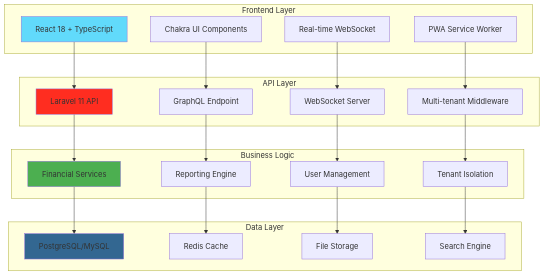
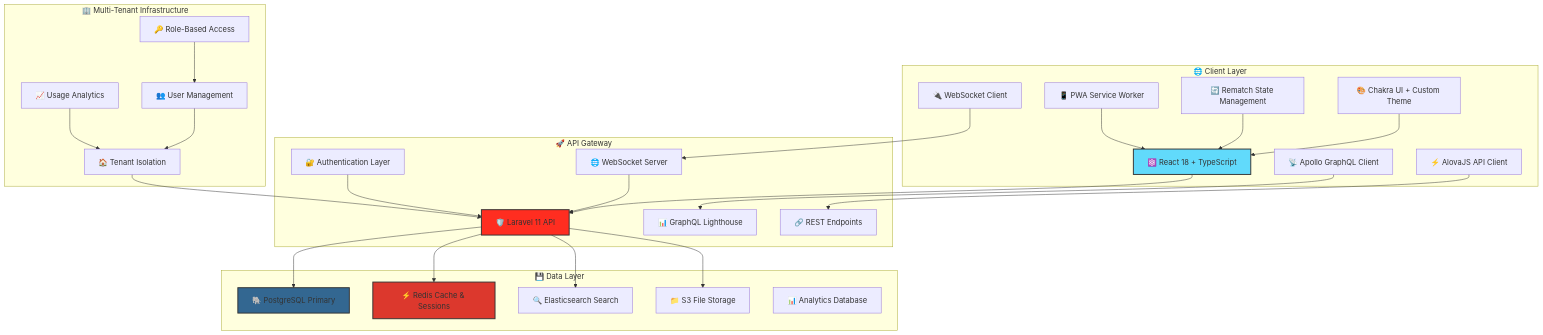
The fourth of 6 diagrams in README.md (abdoElHodaky/larvaccountplatfo), drawn with Mermaid before and after one commit. The commit also changed other lines of this file and 1 other file, not shown here.

````diff
--- a/README.md
+++ b/README.md
@@ -163,50 +166,58 @@
 ```mermaid
 graph TB
-    subgraph "Frontend Layer"
-        A[React 18 + TypeScript]
-        B[Chakra UI Components]
-        C[Real-time WebSocket]
-        D[PWA Service Worker]
+    subgraph "🌐 Client Layer"
+        A[⚛️ React 18 + TypeScript]
+        B[🎨 Chakra UI + Custom Theme]
+        C[🔄 Rematch State Management]
+        D[📡 Apollo GraphQL Client]
+        E[⚡ AlovaJS API Client]
+        F[🔌 WebSocket Client]
+        G[📱 PWA Service Worker]
     end
     
-    subgraph "API Layer"
-        E[Laravel 11 API]
-        F[GraphQL Endpoint]
-        G[WebSocket Server]
-        H[Multi-tenant Middleware]
+    subgraph "🚀 API Gateway"
+        H[🛡️ Laravel 11 API]
+        I[📊 GraphQL Lighthouse]
+        J[🔗 REST Endpoints]
+        K[🌐 WebSocket Server]
+        L[🔐 Authentication Layer]
     end
     
-    subgraph "Business Logic"
-        I[Financial Services]
-        J[Reporting Engine]
-        K[User Management]
-        L[Tenant Isolation]
+    subgraph "💾 Data Layer"
+        M[🐘 PostgreSQL Primary]
+        N[⚡ Redis Cache & Sessions]
+        O[🔍 Elasticsearch Search]
+        P[📁 S3 File Storage]
+        Q[📊 Analytics Database]
     end
     
-    subgraph "Data Layer"
-        M[PostgreSQL/MySQL]
-        N[Redis Cache]
-        O[File Storage]
-        P[Search Engine]
+    subgraph "🏢 Multi-Tenant Infrastructure"
+        R[🏠 Tenant Isolation]
+        S[👥 User Management]
+        T[🔑 Role-Based Access]
+        U[📈 Usage Analytics]
     end
     
-    A --> E
-    B --> F
-    C --> G
-    D --> H
+    A --> H
+    B --> A
+    C --> A
+    D --> I
+    E --> J
+    F --> K
+    G --> A
+    H --> M
+    H --> N
+    H --> O
+    H --> P
+    K --> H
+    L --> H
+    R --> H
+    S --> R
+    T --> S
+    U --> R
     
-    E --> I
-    F --> J
-    G --> K
-    H --> L
-    
-    I --> M
-    J --> N
-    K --> O
-    L --> P
-    
-    style A fill:#61dafb
-    style E fill:#ff2d20
-    style I fill:#4caf50
-    style M fill:#336791
+    style A fill:#61dafb,stroke:#333,stroke-width:2px
+    style H fill:#ff2d20,stroke:#333,stroke-width:2px
+    style M fill:#336791,stroke:#333,stroke-width:2px
+    style N fill:#dc382d,stroke:#333,stroke-width:2px
 ```
````
